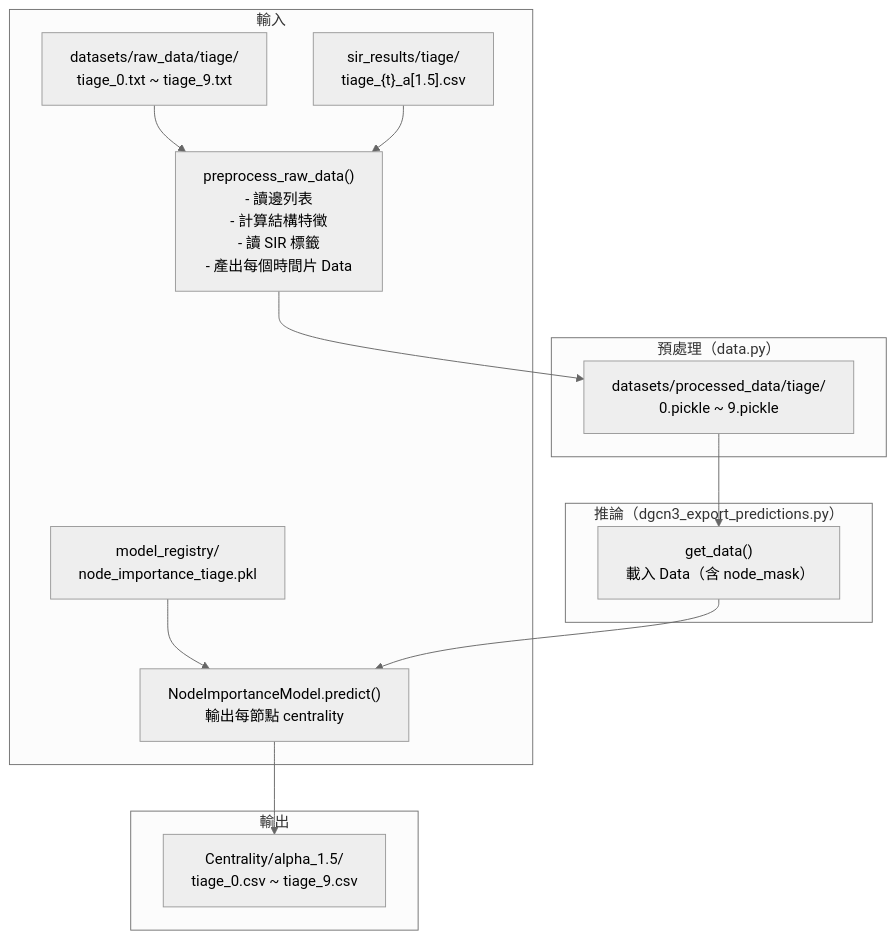
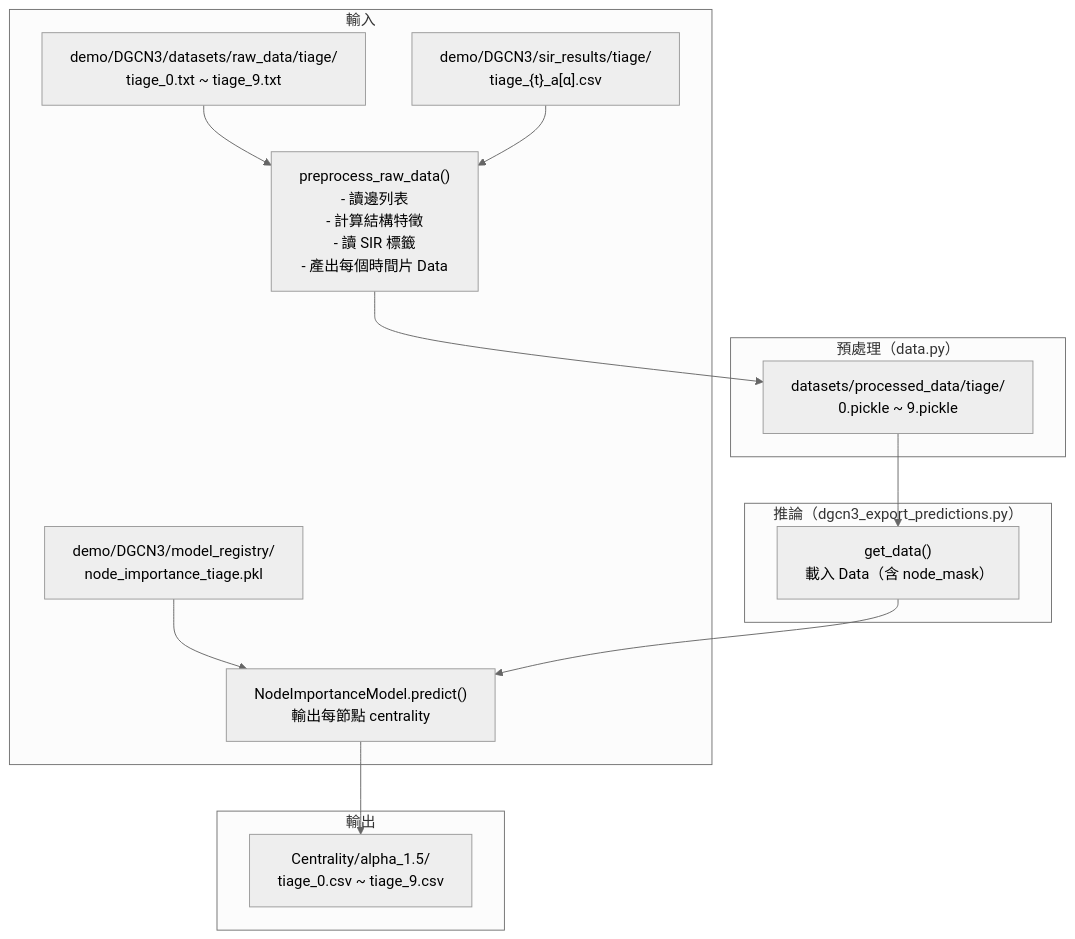
Before and after one commit to JensonLohTW/COLING2022-TAKE: the first of 3 diagrams in docs/DGCN3_tiage_centrality_spec.md, drawn with Mermaid (neutral theme). The commit also changed other lines of this file, not shown here.

````diff
--- a/docs/DGCN3_tiage_centrality_spec.md
+++ b/docs/DGCN3_tiage_centrality_spec.md
@@ -45,22 +45,22 @@
 ```mermaid
 flowchart TB
   subgraph Inputs["輸入"]
-    A["datasets/raw_data/tiage/<br/>tiage_0.txt ~ tiage_9.txt"] --> P
-    B["sir_results/tiage/<br/>tiage_{t}_a[1.5].csv"] --> P
-    M["model_registry/<br/>node_importance_tiage.pkl"] --> I
+    A["demo/DGCN3/datasets/raw_data/tiage/<br/>tiage_0.txt ~ tiage_9.txt"] --> P
+    B["demo/DGCN3/sir_results/tiage/<br/>tiage_{t}_a[α].csv"] --> P
+    M["demo/DGCN3/model_registry/<br/>node_importance_tiage.pkl"] --> I
   end
 
   subgraph Preprocess["預處理（data.py）"]
     P["preprocess_raw_data()<br/>- 讀邊列表<br/>- 計算結構特徵<br/>- 讀 SIR 標籤<br/>- 產出每個時間片 Data"] --> K
     K["datasets/processed_data/tiage/<br/>0.pickle ~ 9.pickle"]
   end
 
   subgraph Inference["推論（dgcn3_export_predictions.py）"]
     K --> D["get_data()<br/>載入 Data（含 node_mask）"]
     D --> I["NodeImportanceModel.predict()<br/>輸出每節點 centrality"]
   end
 
   subgraph Outputs["輸出"]
     I --> O["Centrality/alpha_1.5/<br/>tiage_0.csv ~ tiage_9.csv"]
   end
 ```
````
